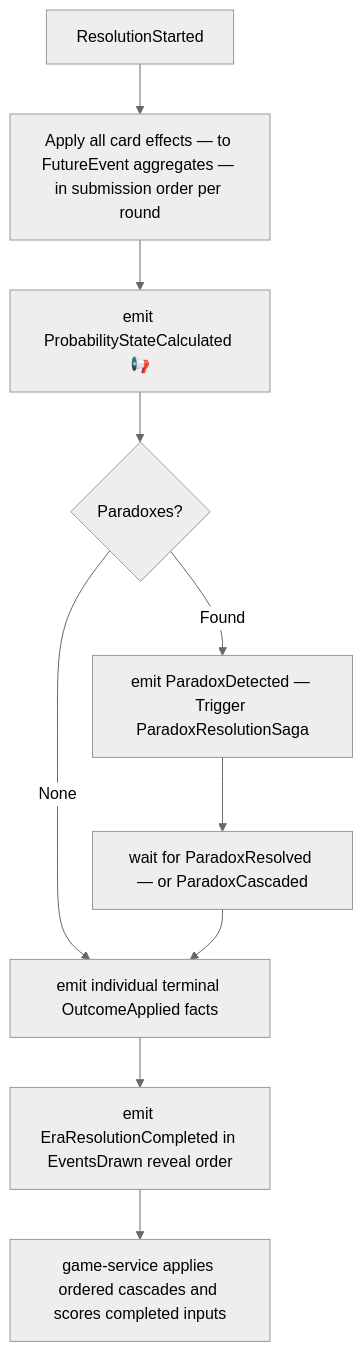
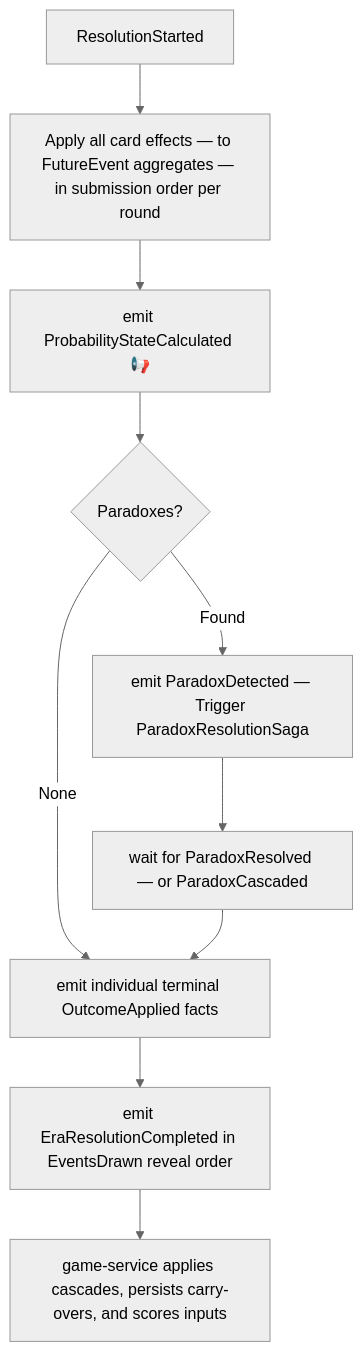
One commit to temporal-rift/docs changed the diagram in sagas/resolution.mdx. Above: the diagram before and after it, drawn with Mermaid (neutral theme). The commit also changed other lines of this file and 3 other files, not shown here.

````diff
--- a/sagas/resolution.mdx
+++ b/sagas/resolution.mdx
@@ -11,12 +11,12 @@
 ```mermaid
 flowchart TD
   A[ResolutionStarted] --> B[Apply all card effects — to FutureEvent aggregates — in submission order per round]
   B --> C[emit ProbabilityStateCalculated 📢]
   C --> D{Paradoxes?}
   D -->|None| E[emit individual terminal OutcomeApplied facts]
   D -->|Found| F[emit ParadoxDetected — Trigger ParadoxResolutionSaga]
   F --> G[wait for ParadoxResolved — or ParadoxCascaded]
   G --> E
   E --> H[emit EraResolutionCompleted in EventsDrawn reveal order]
-  H --> I[game-service applies ordered cascades and scores completed inputs]
+  H --> I[game-service applies cascades, persists carry-overs, and scores inputs]
 ```
````
